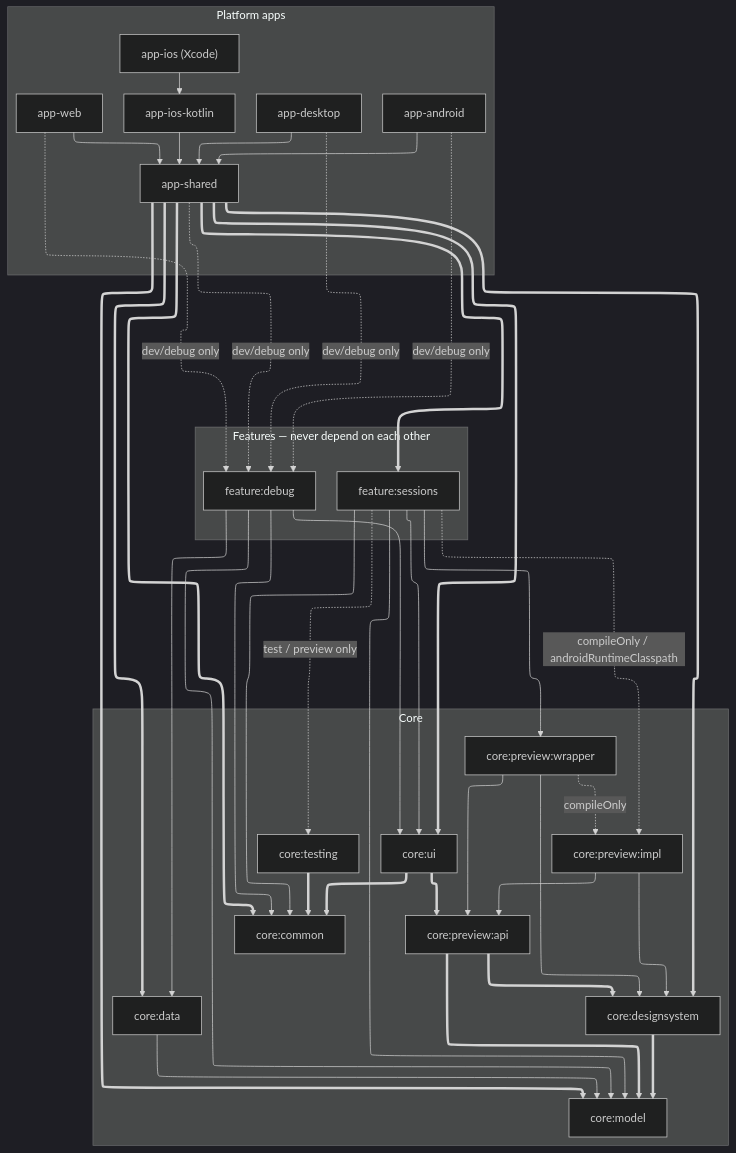
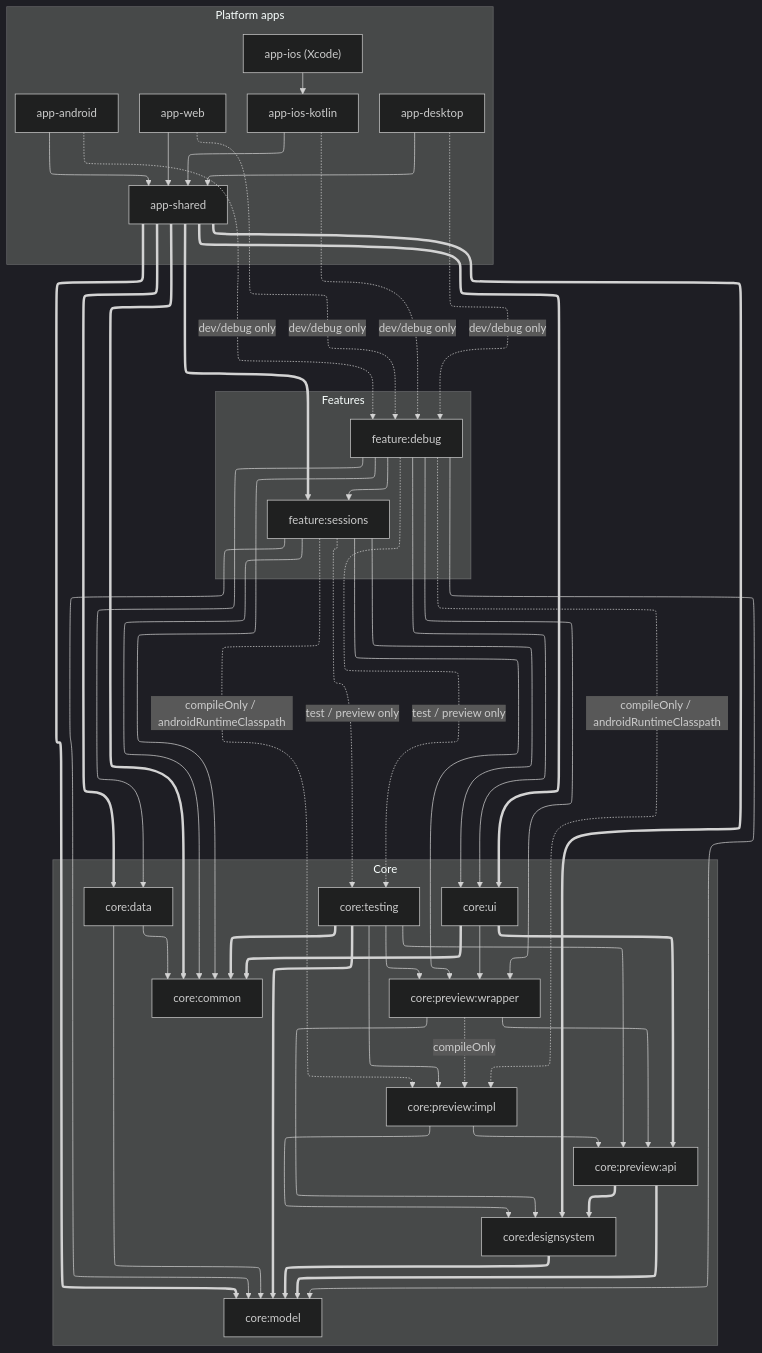
Before and after one commit to Cjsghkd/conference-app-2026: the diagram in docs/project-structure.md, drawn with Mermaid (dark theme). The commit also changed other lines of this file and 1 other file, not shown here.

Commit message:
Derive the module graph labels instead of hand-writing them

````diff
--- a/docs/project-structure.md
+++ b/docs/project-structure.md
@@ -60,69 +60,79 @@
 ```mermaid
 ---
 config:
   layout: elk
   elk:
     nodePlacementStrategy: NETWORK_SIMPLEX
 ---
 graph TD
   subgraph apps["Platform apps"]
     app_android["app-android"]
     app_desktop["app-desktop"]
     app_ios["app-ios (Xcode)"]
     app_ios_kotlin["app-ios-kotlin"]
     app_shared["app-shared"]
     app_web["app-web"]
   end
-  subgraph features["Features — never depend on each other"]
+  subgraph features["Features"]
     feature_debug["feature:debug"]
     feature_sessions["feature:sessions"]
   end
   subgraph core["Core"]
     core_common["core:common"]
     core_data["core:data"]
     core_designsystem["core:designsystem"]
     core_model["core:model"]
     core_preview_api["core:preview:api"]
     core_preview_impl["core:preview:impl"]
     core_preview_wrapper["core:preview:wrapper"]
     core_testing["core:testing"]
     core_ui["core:ui"]
   end
   app_android --> app_shared
   app_android -. "dev/debug only" .-> feature_debug
   app_desktop --> app_shared
   app_desktop -. "dev/debug only" .-> feature_debug
+  app_ios_kotlin --> app_shared
+  app_ios_kotlin -. "dev/debug only" .-> feature_debug
   app_shared ==> core_common
   app_shared ==> core_data
   app_shared ==> core_designsystem
   app_shared ==> core_model
   app_shared ==> core_ui
-  app_shared -. "dev/debug only" .-> feature_debug
   app_shared ==> feature_sessions
   app_web --> app_shared
   app_web -. "dev/debug only" .-> feature_debug
+  core_data --> core_common
   core_data --> core_model
   core_designsystem ==> core_model
   core_preview_api ==> core_designsystem
   core_preview_api ==> core_model
   core_preview_impl --> core_designsystem
   core_preview_impl --> core_preview_api
+  core_preview_wrapper --> core_designsystem
   core_preview_wrapper --> core_preview_api
-  core_preview_wrapper --> core_designsystem
   core_preview_wrapper -. "compileOnly" .-> core_preview_impl
   core_testing ==> core_common
+  core_testing ==> core_model
+  core_testing --> core_preview_api
+  core_testing --> core_preview_impl
+  core_testing --> core_preview_wrapper
   core_ui ==> core_common
   core_ui ==> core_preview_api
+  core_ui --> core_preview_wrapper
   feature_debug --> core_common
   feature_debug --> core_data
   feature_debug --> core_model
+  feature_debug -. "compileOnly / androidRuntimeClasspath" .-> core_preview_impl
+  feature_debug --> core_preview_wrapper
+  feature_debug -. "test / preview only" .-> core_testing
   feature_debug --> core_ui
+  feature_debug --> feature_sessions
   feature_sessions --> core_common
   feature_sessions --> core_model
+  feature_sessions -. "compileOnly / androidRuntimeClasspath" .-> core_preview_impl
   feature_sessions --> core_preview_wrapper
-  feature_sessions -. "compileOnly / androidRuntimeClasspath" .-> core_preview_impl
   feature_sessions -. "test / preview only" .-> core_testing
   feature_sessions --> core_ui
-  app_ios_kotlin --> app_shared
   app_ios --> app_ios_kotlin
 ```
````
